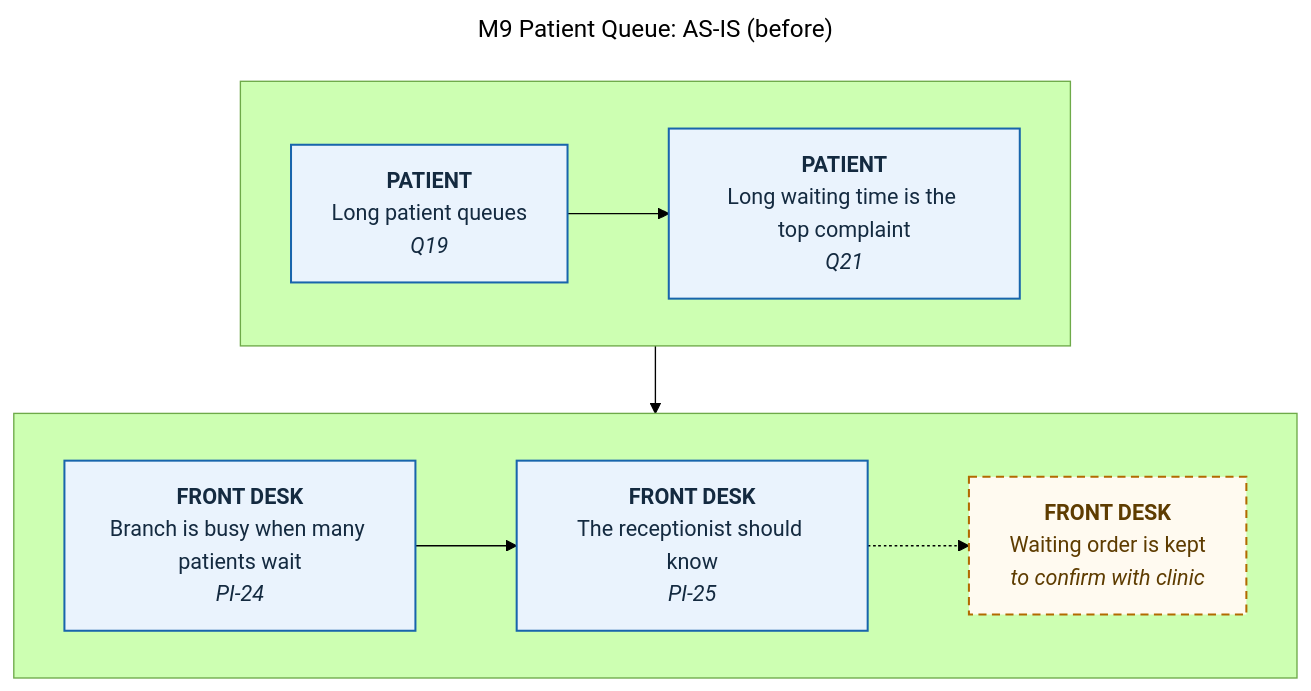
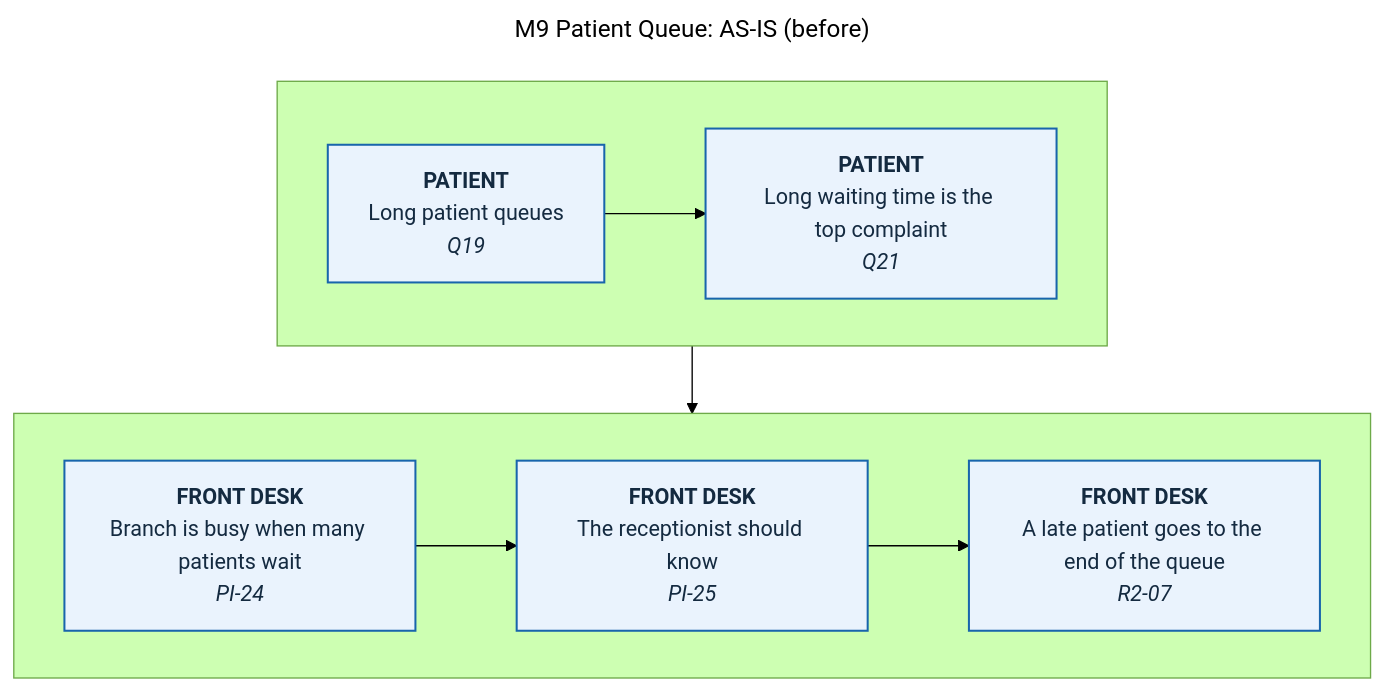
One commit to 0phem/multibranch-dental-clinic changed the diagram in docs/defense/diagrams/M9-patient-queue-as-is.mmd. Above: the diagram before and after it, drawn with Mermaid (forest theme). The commit also changed 111 other files, not shown here.

```diff
--- a/docs/defense/diagrams/M9-patient-queue-as-is.mmd
+++ b/docs/defense/diagrams/M9-patient-queue-as-is.mmd
@@ -1,25 +1,25 @@
 ---
 title: "M9 Patient Queue: AS-IS (before)"
 ---
 flowchart TB
     subgraph L0[" "]
     direction LR
       S0["<b>PATIENT</b><br/>Long patient queues<br/><i>Q19</i>"]:::cited
       S1["<b>PATIENT</b><br/>Long waiting time is the top complaint<br/><i>Q21</i>"]:::cited
     end
     subgraph L1[" "]
     direction LR
       S2["<b>FRONT DESK</b><br/>Branch is busy when many patients wait<br/><i>PI-24</i>"]:::cited
       S3["<b>FRONT DESK</b><br/>The receptionist should know<br/><i>PI-25</i>"]:::cited
-      S4["<b>FRONT DESK</b><br/>Waiting order is kept<br/><i>to confirm with clinic</i>"]:::confirm
+      S4["<b>FRONT DESK</b><br/>A late patient goes to the end of the queue<br/><i>R2-07</i>"]:::cited
     end
     S0 --> S1
     S1 --> S2
     S2 --> S3
-    S3 -.-> S4
+    S3 --> S4
     classDef cited fill:#eaf3fd,stroke:#1865ac,color:#142a40,stroke-width:1.5px
     classDef confirm fill:#fffaf0,stroke:#b26a00,color:#5e3c00,stroke-width:1.5px,stroke-dasharray:6 4
     classDef auto fill:#e6f5ee,stroke:#0c7f75,color:#0f3d33,stroke-width:1.5px
     classDef manual fill:#eaf3fd,stroke:#1865ac,color:#142a40,stroke-width:1.5px
     classDef mock fill:#f3f5f7,stroke:#5a6b7d,color:#3a4e63,stroke-width:1.5px,stroke-dasharray:3 3
     classDef planned fill:#ffffff,stroke:#5a6b7d,color:#3a4e63,stroke-width:1.5px,stroke-dasharray:6 4
```
